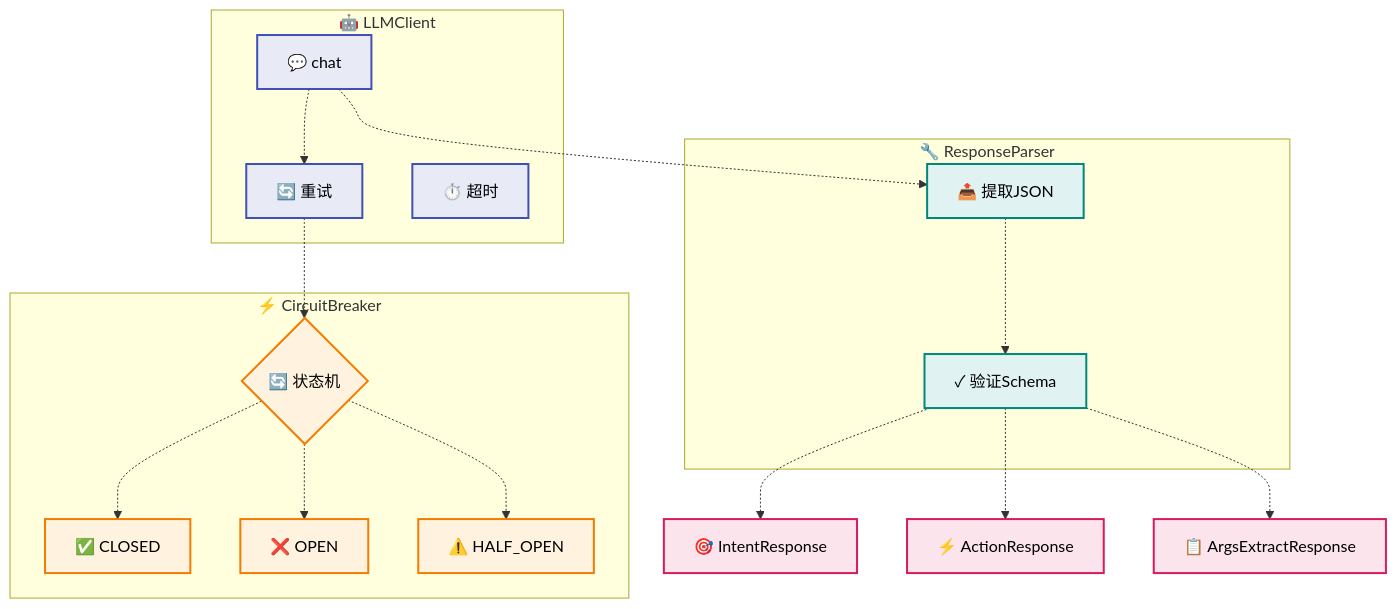
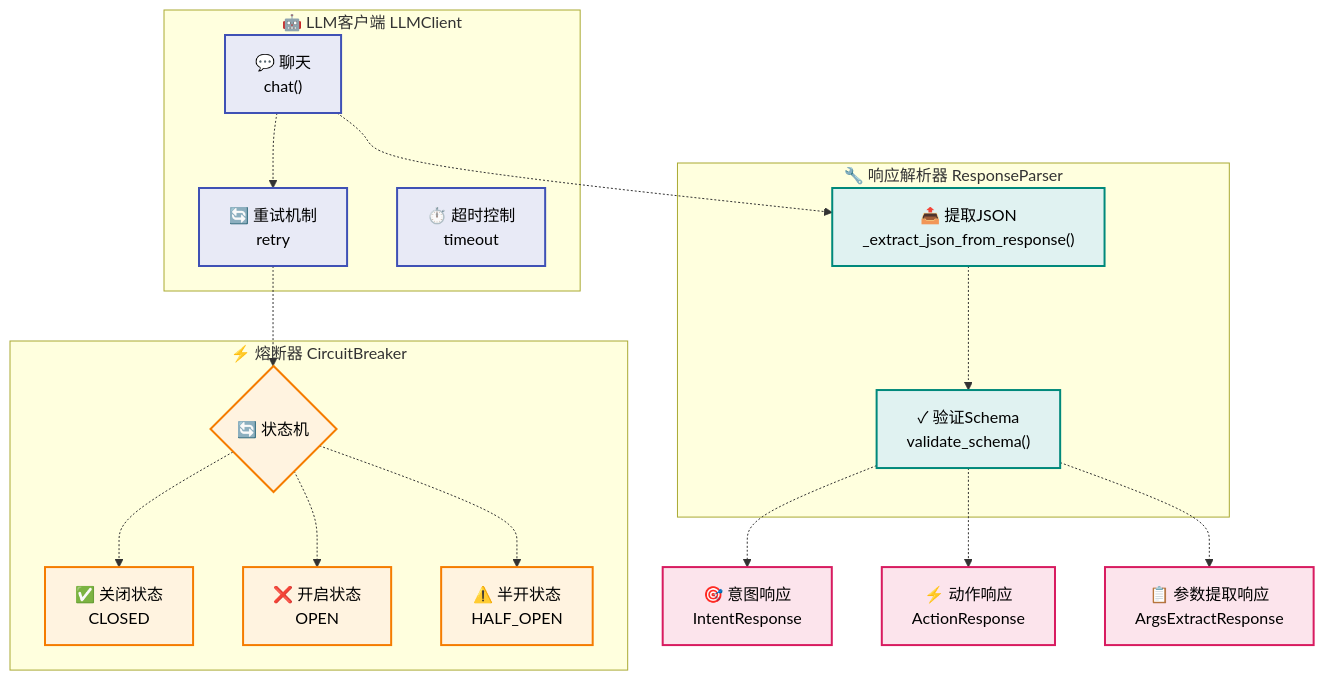
Before and after one commit to 0mao0/AnGIneer: the fifth of 6 diagrams in README.md, drawn with Mermaid. The commit also changed other lines of this file, not shown here.

Commit message:
v0.0.22 docs: 更新README中的流程图中文标签和函数说明 重点修改TableLookup，可能换为LLM模式以适应规范中各式各样的表格样式

````diff
--- a/README.md
+++ b/README.md
@@ -212,52 +212,52 @@
 ```mermaid
 flowchart TD
     %% 样式定义
     classDef client fill:#e8eaf6,stroke:#3f51b5,stroke-width:2px,color:#000
     classDef cb fill:#fff3e0,stroke:#f57c00,stroke-width:2px,color:#000
     classDef parser fill:#e0f2f1,stroke:#00897b,stroke-width:2px,color:#000
     classDef model fill:#fce4ec,stroke:#d81b60,stroke-width:2px,color:#000
-    
+
     %% 客户端
-    subgraph Client["🤖 LLMClient"]
-        L_CHAT["💬 chat"]
-        L_RETRY["🔄 重试"]
-        L_TIMEOUT["⏱️ 超时"]
+    subgraph Client["🤖 LLM客户端 LLMClient"]
+        L_CHAT["💬 聊天<br>chat()"]
+        L_RETRY["🔄 重试机制<br>retry"]
+        L_TIMEOUT["⏱️ 超时控制<br>timeout"]
     end
-    
+
     %% 熔断器
-    subgraph CB["⚡ CircuitBreaker"]
+    subgraph CB["⚡ 熔断器 CircuitBreaker"]
         L_STATES{"🔄 状态机"}
-        L_CLOSED["✅ CLOSED"]
-        L_OPEN["❌ OPEN"]
-        L_HALF["⚠️ HALF_OPEN"]
+        L_CLOSED["✅ 关闭状态<br>CLOSED"]
+        L_OPEN["❌ 开启状态<br>OPEN"]
+        L_HALF["⚠️ 半开状态<br>HALF_OPEN"]
     end
-    
+
     %% 解析器
-    subgraph Parser["🔧 ResponseParser"]
-        L_EXTRACT["📤 提取JSON"]
-        L_VALIDATE["✓ 验证Schema"]
+    subgraph Parser["🔧 响应解析器 ResponseParser"]
+        L_EXTRACT["📤 提取JSON<br>_extract_json_from_response()"]
+        L_VALIDATE["✓ 验证Schema<br>validate_schema()"]
     end
-    
+
     %% 响应模型
-    L_INTENT["🎯 IntentResponse"]
-    L_ACTION["⚡ ActionResponse"]
-    L_ARGS["📋 ArgsExtractResponse"]
-    
+    L_INTENT["🎯 意图响应<br>IntentResponse"]
+    L_ACTION["⚡ 动作响应<br>ActionResponse"]
+    L_ARGS["📋 参数提取响应<br>ArgsExtractResponse"]
+
     %% 连接
     L_CHAT -.-> L_RETRY
     L_RETRY -.-> L_STATES
     L_STATES -.-> L_CLOSED
     L_STATES -.-> L_OPEN
     L_STATES -.-> L_HALF
     L_CHAT -.-> L_EXTRACT
     L_EXTRACT -.-> L_VALIDATE
     L_VALIDATE -.-> L_INTENT
     L_VALIDATE -.-> L_ACTION
     L_VALIDATE -.-> L_ARGS
-    
+
     %% 样式
     class L_CHAT,L_RETRY,L_TIMEOUT client
     class L_STATES,L_CLOSED,L_OPEN,L_HALF cb
     class L_EXTRACT,L_VALIDATE parser
     class L_INTENT,L_ACTION,L_ARGS model
 ```
````
